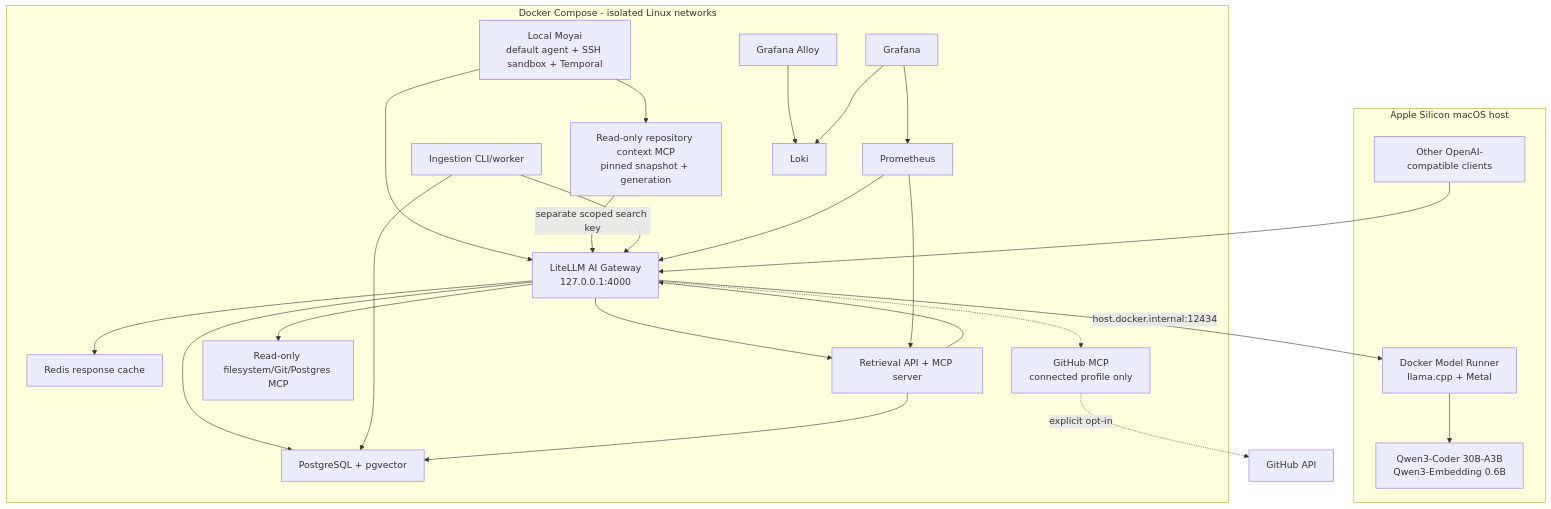
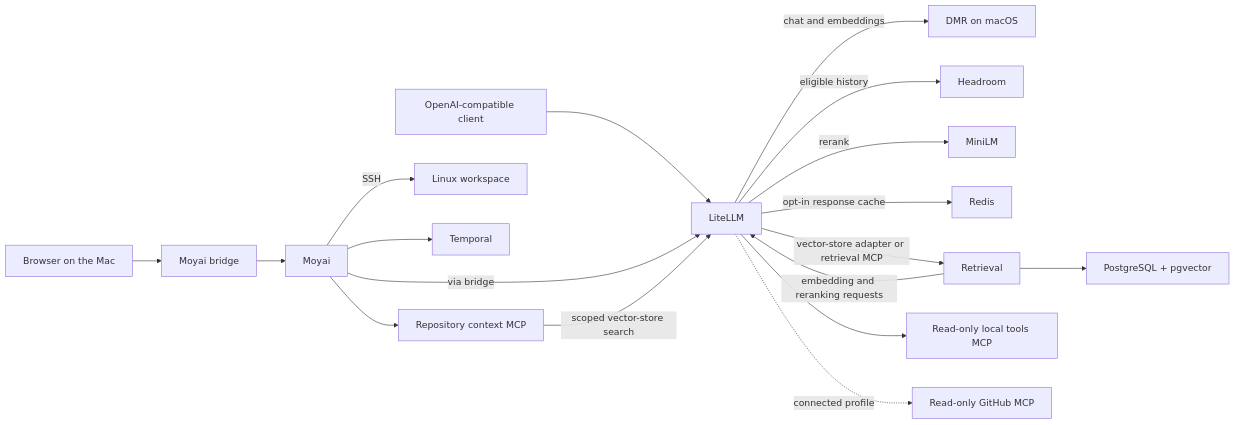
The diagram in docs/architecture.md (taras-kolodchyn/local-ai-platform), drawn with Mermaid before and after one commit. The commit also changed other lines of this file and 38 other files, not shown here.

````diff
--- a/docs/architecture.md
+++ b/docs/architecture.md
@@ -22,47 +9,20 @@
 ```mermaid
-flowchart TB
-    subgraph Host["Apple Silicon macOS host"]
-        Other["Other OpenAI-compatible clients"]
-        DMR["Docker Model Runner\nllama.cpp + Metal"]
-        Qwen["Qwen3-Coder 30B-A3B\nQwen3-Embedding 0.6B"]
-        DMR --> Qwen
-    end
-
-    subgraph Compose["Docker Compose - isolated Linux networks"]
-        LiteLLM["LiteLLM AI Gateway\n127.0.0.1:4000"]
-        Moyai["Local Moyai\ndefault agent + SSH sandbox + Temporal"]
-        RepositoryContext["Read-only repository context MCP\npinned snapshot + generation"]
-        Redis["Redis response cache"]
-        Postgres["PostgreSQL + pgvector"]
-        Ingestion["Ingestion CLI/worker"]
-        Retrieval["Retrieval API + MCP server"]
-        OfflineTools["Read-only filesystem/Git/Postgres MCP"]
-        GitHubMCP["GitHub MCP\nconnected profile only"]
-        Prometheus["Prometheus"]
-        Loki["Loki"]
-        Alloy["Grafana Alloy"]
-        Grafana["Grafana"]
-
-        LiteLLM --> Redis
-        Moyai --> LiteLLM
-        Moyai --> RepositoryContext
-        RepositoryContext -->|"separate scoped search key"| LiteLLM
-        LiteLLM --> Postgres
-        Ingestion --> LiteLLM
-        Ingestion --> Postgres
-        Retrieval --> LiteLLM
-        Retrieval --> Postgres
-        LiteLLM --> Retrieval
-        LiteLLM --> OfflineTools
-        LiteLLM -.-> GitHubMCP
-        Prometheus --> LiteLLM
-        Prometheus --> Retrieval
-        Alloy --> Loki
-        Grafana --> Prometheus
-        Grafana --> Loki
-    end
-
-    Other --> LiteLLM
-    LiteLLM -->|"host.docker.internal:12434"| DMR
-    GitHubMCP -. "explicit opt-in" .-> GitHub["GitHub API"]
+flowchart LR
+    Client["OpenAI-compatible client"] --> G["LiteLLM"]
+    Browser["Browser on the Mac"] --> B["Moyai bridge"]
+    B --> A["Moyai"]
+    A -->|"via bridge"| G
+    A -->|"SSH"| S["Linux workspace"]
+    A --> T["Temporal"]
+    A --> C["Repository context MCP"]
+    C -->|"scoped vector-store search"| G
+    G -->|"chat and embeddings"| D["DMR on macOS"]
+    G -->|"eligible history"| H["Headroom"]
+    G -->|"rerank"| M["MiniLM"]
+    G -->|"opt-in response cache"| R["Redis"]
+    G -->|"vector-store adapter or retrieval MCP"| V["Retrieval"]
+    V -->|"embedding and reranking requests"| G
+    V --> P["PostgreSQL + pgvector"]
+    G --> O["Read-only local tools MCP"]
+    G -.->|"connected profile"| GH["Read-only GitHub MCP"]
 ```
````
